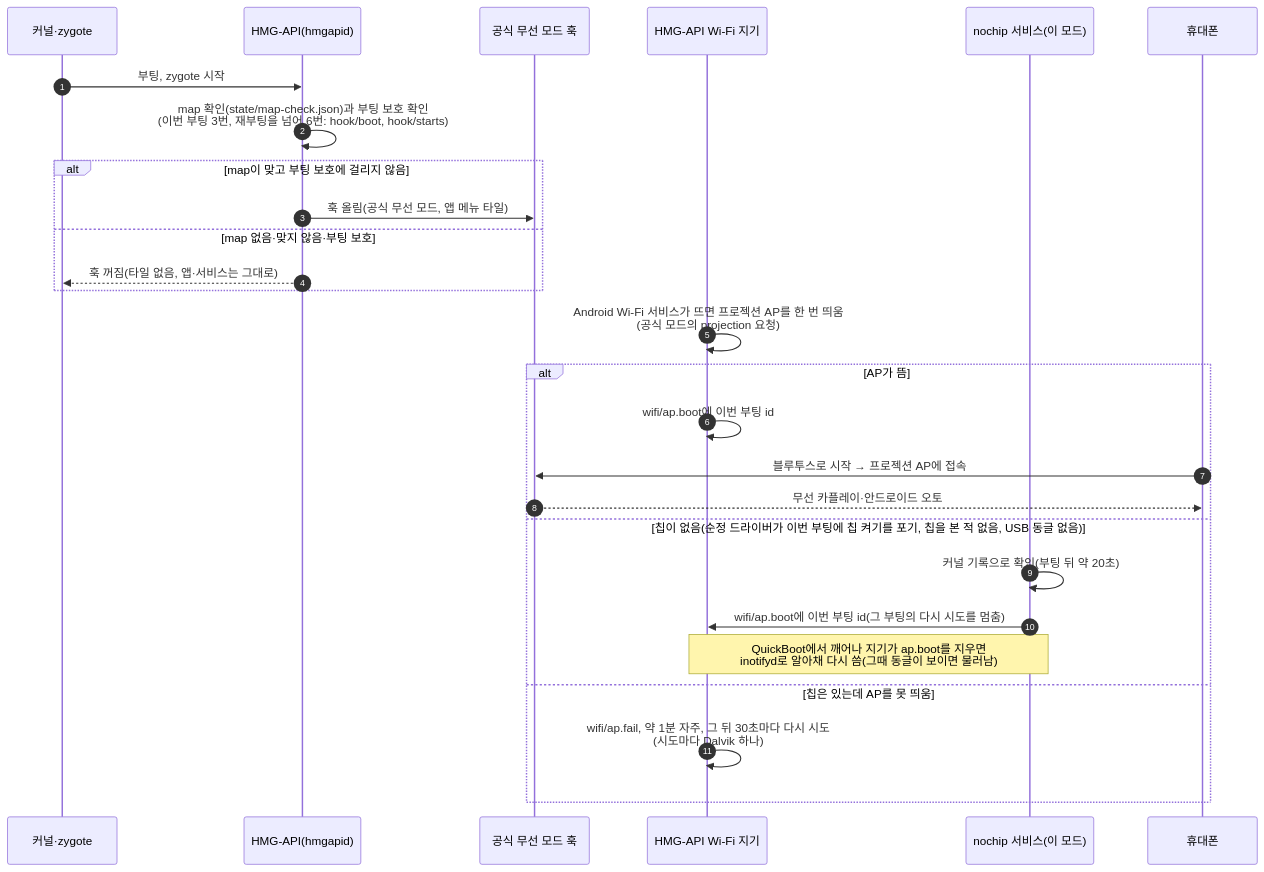
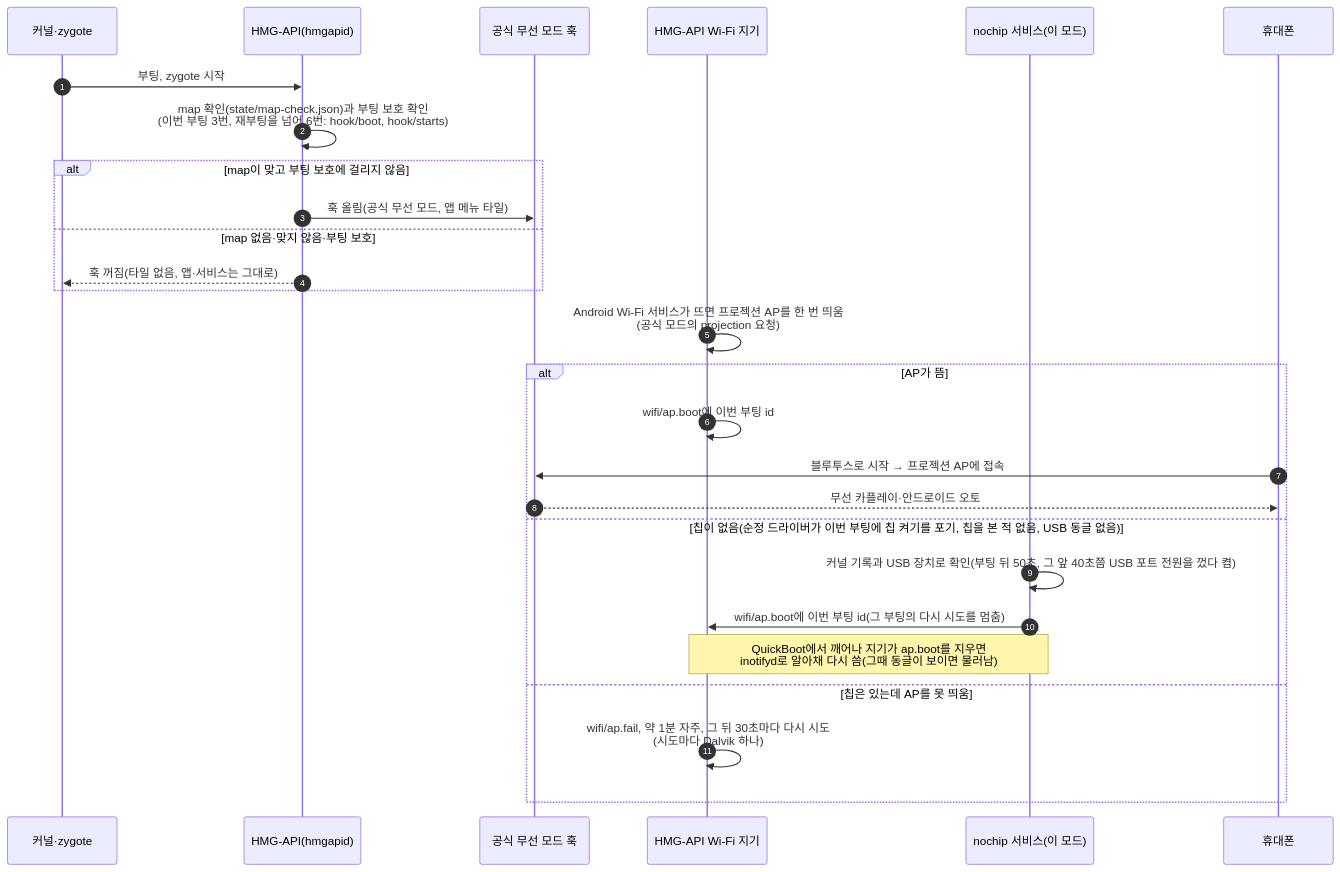
Before and after one commit to jay-park-lab/hmgapi-nx4-kor: the fourth of 7 diagrams in docs/flow.md, drawn with Mermaid. The commit also changed 6 other files, not shown here.

````diff
--- a/docs/flow.md
+++ b/docs/flow.md
@@ -131,30 +131,30 @@
 ```mermaid
 sequenceDiagram
   autonumber
   participant K as 커널·zygote
   participant H as HMG-API(hmgapid)
   participant W as 공식 무선 모드 훅
   participant A as HMG-API Wi-Fi 지기
   participant N as nochip 서비스(이 모드)
   participant P as 휴대폰
 
   K->>H: 부팅, zygote 시작
   H->>H: map 확인(state/map-check.json)과 부팅 보호 확인<br/>(이번 부팅 3번, 재부팅을 넘어 6번: hook/boot, hook/starts)
   alt map이 맞고 부팅 보호에 걸리지 않음
     H->>W: 훅 올림(공식 무선 모드, 앱 메뉴 타일)
   else map 없음·맞지 않음·부팅 보호
     H-->>K: 훅 꺼짐(타일 없음, 앱·서비스는 그대로)
   end
   A->>A: Android Wi-Fi 서비스가 뜨면 프로젝션 AP를 한 번 띄움<br/>(공식 모드의 projection 요청)
   alt AP가 뜸
     A->>A: wifi/ap.boot에 이번 부팅 id
     P->>W: 블루투스로 시작 → 프로젝션 AP에 접속
     W-->>P: 무선 카플레이·안드로이드 오토
   else 칩이 없음(순정 드라이버가 이번 부팅에 칩 켜기를 포기, 칩을 본 적 없음, USB 동글 없음)
-    N->>N: 커널 기록으로 확인(부팅 뒤 약 20초)
+    N->>N: 커널 기록과 USB 장치로 확인(부팅 뒤 50초, 그 앞 40초쯤 USB 포트 전원을 껐다 켬)
     N->>A: wifi/ap.boot에 이번 부팅 id(그 부팅의 다시 시도를 멈춤)
     Note over N,A: QuickBoot에서 깨어나 지기가 ap.boot를 지우면<br/>inotifyd로 알아채 다시 씀(그때 동글이 보이면 물러남)
   else 칩은 있는데 AP를 못 띄움
     A->>A: wifi/ap.fail, 약 1분 자주, 그 뒤 30초마다 다시 시도<br/>(시도마다 Dalvik 하나)
   end
 ```
````
